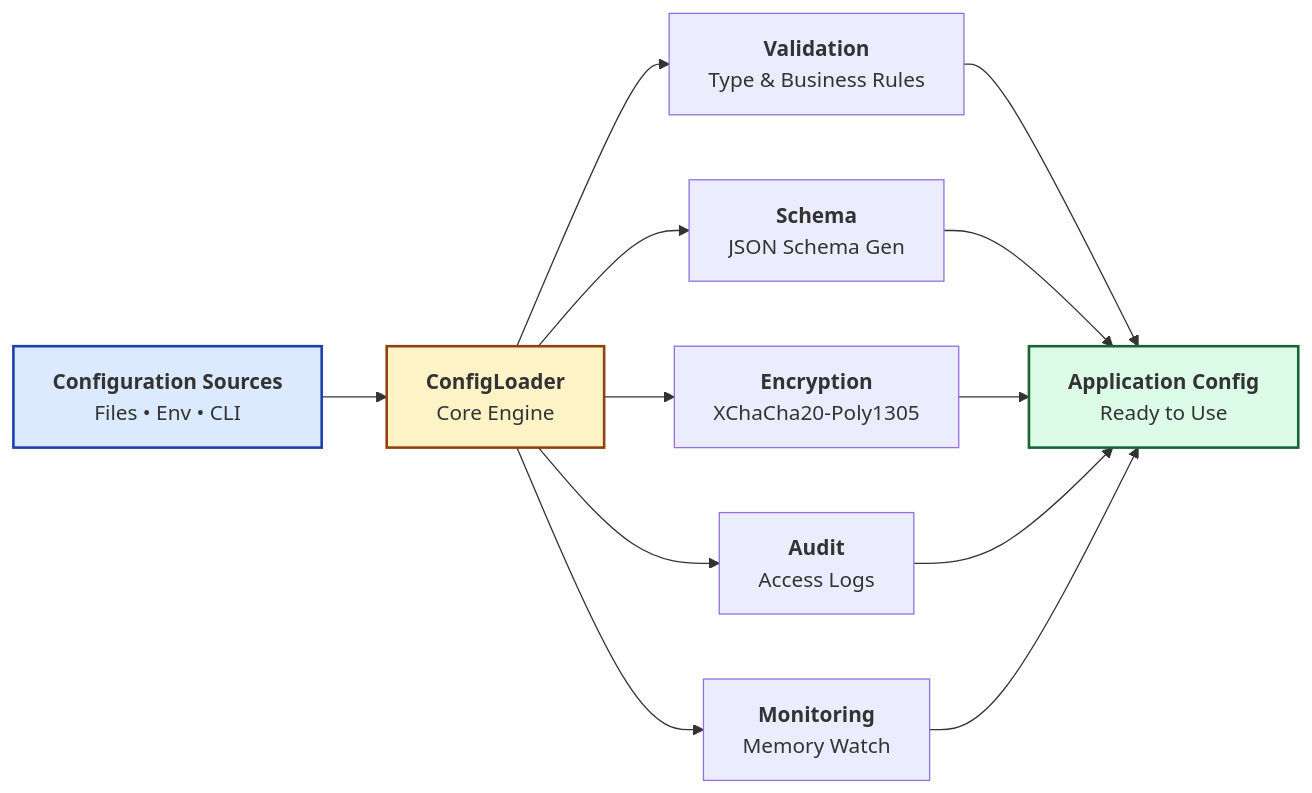
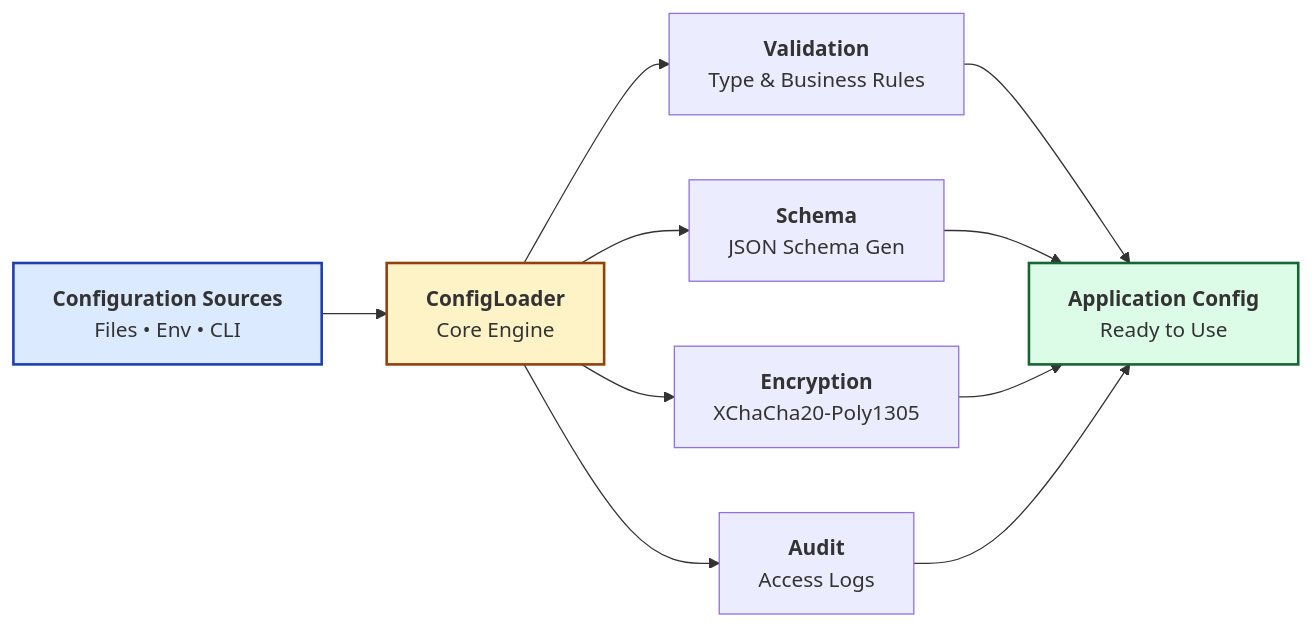
One commit to Kirky-X/confers changed the first of 3 diagrams in README.md. Above: the diagram before and after it, drawn with Mermaid. The commit also changed other lines of this file and 1 other file, not shown here.

Commit message:
docs: remove stale metrics references from README mermaid diagrams
The metrics feature was removed in 2f797a3, but two mermaid architecture
diagrams in each README still referenced "Monitoring" / "Memory Watch"
(EN) and "监控" / "内存监控" (ZH) nodes pointing to the deleted feature.
Remove the dead nodes from both Feature Architecture and System
Architecture diagrams.

Note: examples/src/examples/metrics.rs is retained — it is a std-only
example with no feature dependency, correctly documented as such in the
examples table.

````diff
--- a/README.md
+++ b/README.md
@@ -162,18 +162,16 @@
 ```mermaid
 graph LR
     A["<b>Configuration Sources</b><br/>Files • Env • CLI"] --> B["<b>ConfigLoader</b><br/>Core Engine"]
     B --> C["<b>Validation</b><br/>Type & Business Rules"]
     B --> D["<b>Schema</b><br/>JSON Schema Gen"]
     B --> E["<b>Encryption</b><br/>XChaCha20-Poly1305"]
     B --> F["<b>Audit</b><br/>Access Logs"]
-    B --> G["<b>Monitoring</b><br/>Memory Watch"]
     C --> H["<b>Application Config</b><br/>Ready to Use"]
     D --> H
     E --> H
     F --> H
-    G --> H
 
     style A fill:#DBEAFE,stroke:#1E40AF,stroke-width:2px
     style B fill:#FEF3C7,stroke:#92400E,stroke-width:2px
     style H fill:#DCFCE7,stroke:#166534,stroke-width:2px
 ```
````
